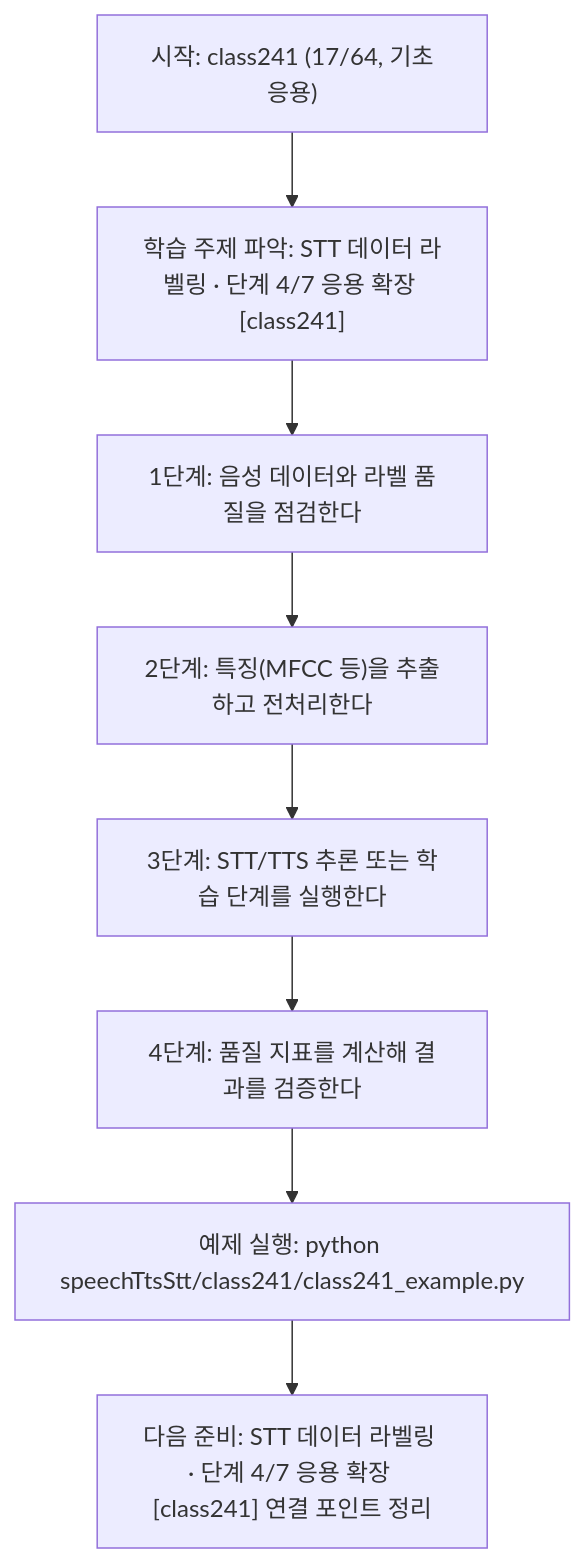
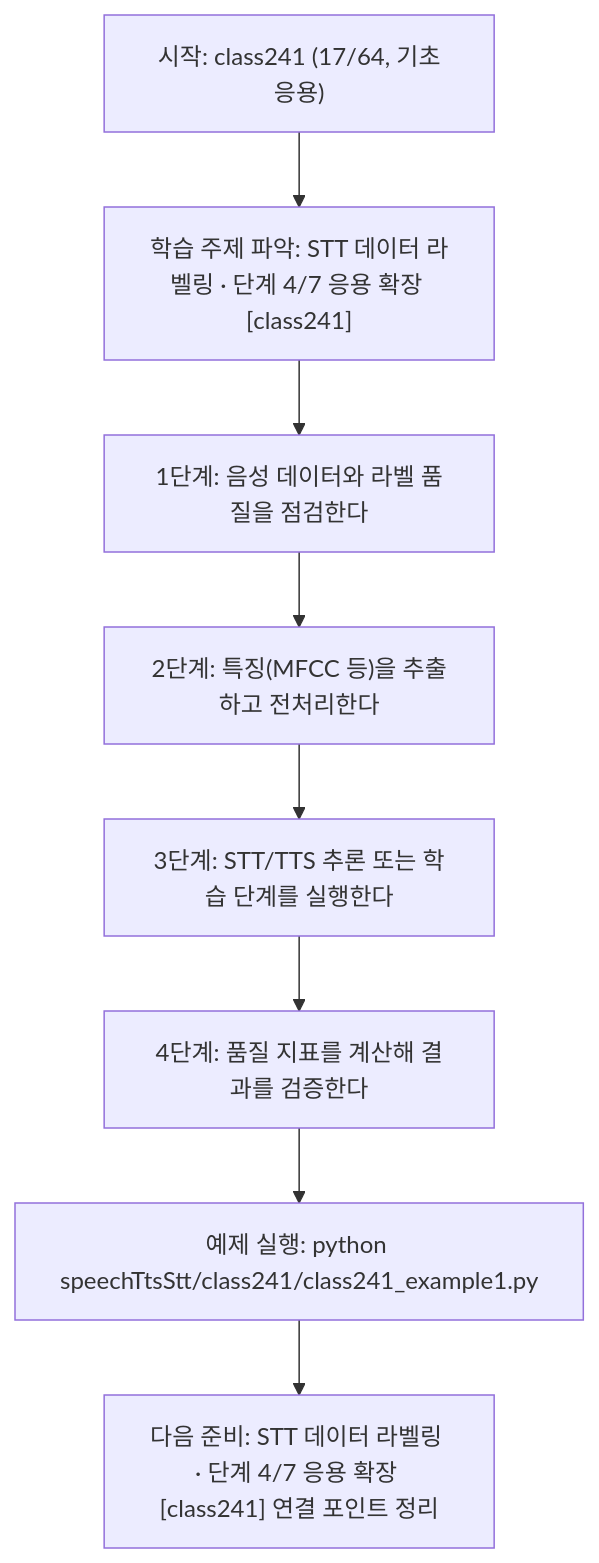
The diagram in speechTtsStt/class241/class241.md (edumgt/Python-AI_Agent-Class), drawn with Mermaid before and after one commit. The commit also changed other lines of this file and 2959 other files, not shown here.

````diff
--- a/speechTtsStt/class241/class241.md
+++ b/speechTtsStt/class241/class241.md
@@ -114,18 +114,18 @@
 ```mermaid
 flowchart TD
 N1["시작: class241 (17/64, 기초응용)"]
 N2["학습 주제 파악: STT 데이터 라벨링 · 단계 4/7 응용 확장 [class241]"]
 N3["1단계: 음성 데이터와 라벨 품질을 점검한다"]
 N4["2단계: 특징(MFCC 등)을 추출하고 전처리한다"]
 N5["3단계: STT/TTS 추론 또는 학습 단계를 실행한다"]
 N6["4단계: 품질 지표를 계산해 결과를 검증한다"]
-N7["예제 실행: python speechTtsStt/class241/class241_example.py"]
+N7["예제 실행: python speechTtsStt/class241/class241_example1.py"]
 N8["다음 준비: STT 데이터 라벨링 · 단계 4/7 응용 확장 [class241] 연결 포인트 정리"]
 N1 --> N2
 N2 --> N3
 N3 --> N4
 N4 --> N5
 N5 --> N6
 N6 --> N7
 N7 --> N8
 ```
````
